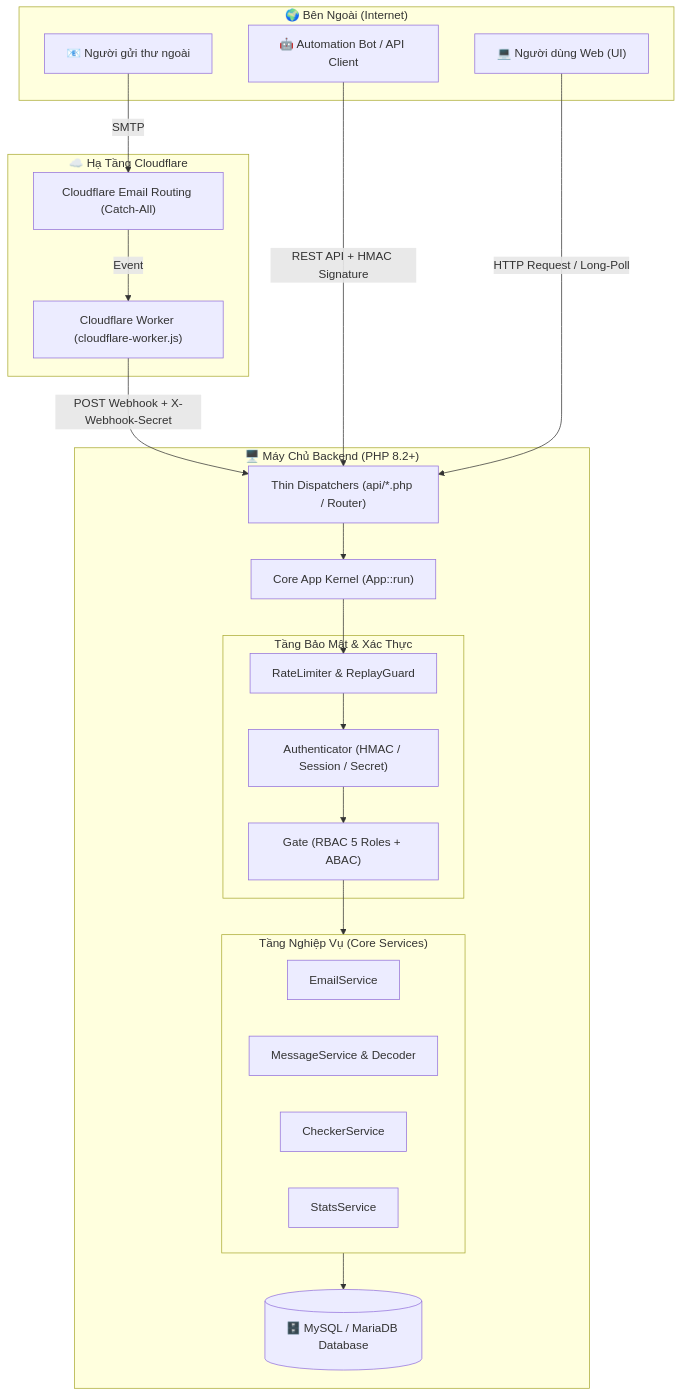
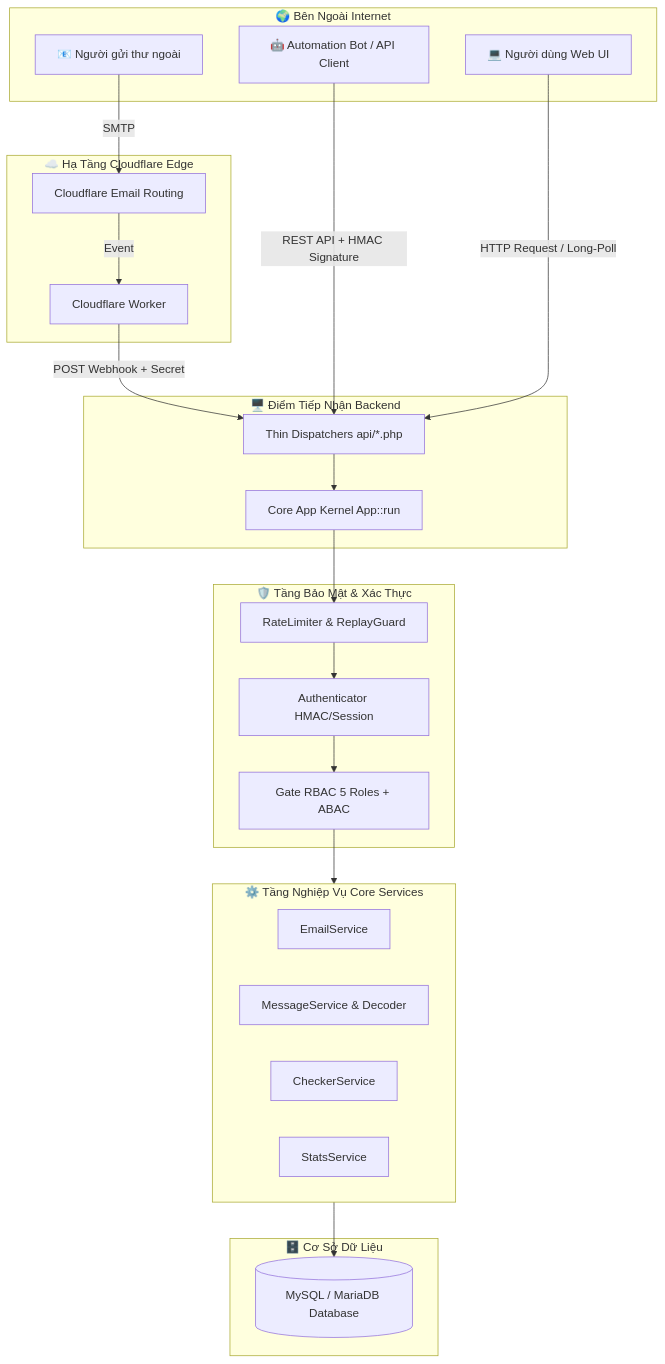
Before and after one commit to Phuc710/Cloudflare_TMail: the diagram in README.md, drawn with Mermaid. The commit also changed other lines of this file and 2 other files, not shown here.

Commit message:
fix: extract 3D logo.png from logo.json, fix Mermaid render error, and fix BASE_URL 404 on production

````diff
--- a/README.md
+++ b/README.md
@@ -70,47 +70,49 @@
 ```mermaid
 flowchart TD
-    subgraph External["🌍 Bên Ngoài (Internet)"]
+    subgraph External["🌍 Bên Ngoài Internet"]
         Sender["📧 Người gửi thư ngoài"]
         Bot["🤖 Automation Bot / API Client"]
-        Browser["💻 Người dùng Web (UI)"]
+        Browser["💻 Người dùng Web UI"]
     end
 
-    subgraph Cloudflare["☁️ Hạ Tầng Cloudflare"]
-        CF_Routing["Cloudflare Email Routing (Catch-All)"]
-        CF_Worker["Cloudflare Worker (cloudflare-worker.js)"]
+    subgraph Cloudflare["☁️ Hạ Tầng Cloudflare Edge"]
+        CF_Routing["Cloudflare Email Routing"]
+        CF_Worker["Cloudflare Worker"]
     end
 
-    subgraph Server["🖥️ Máy Chủ Backend (PHP 8.2+)"]
-        Dispatcher["Thin Dispatchers (api/*.php / Router)"]
-        Kernel["Core App Kernel (App::run)"]
-        
-        subgraph Security["Tầng Bảo Mật & Xác Thực"]
-            Auth["Authenticator (HMAC / Session / Secret)"]
-            Gate["Gate (RBAC 5 Roles + ABAC)"]
-            RateLimit["RateLimiter & ReplayGuard"]
-        end
-        
-        subgraph Services["Tầng Nghiệp Vụ (Core Services)"]
-            EmailSvc["EmailService"]
-            MsgSvc["MessageService & Decoder"]
-            CheckerSvc["CheckerService"]
-            StatsSvc["StatsService"]
-        end
-        
-        DB[("🗄️ MySQL / MariaDB Database")]
+    subgraph Entry["🖥️ Điểm Tiếp Nhận Backend"]
+        Dispatcher["Thin Dispatchers api/*.php"]
+        Kernel["Core App Kernel App::run"]
+    end
+
+    subgraph Security["🛡️ Tầng Bảo Mật & Xác Thực"]
+        RateLimit["RateLimiter & ReplayGuard"]
+        Auth["Authenticator HMAC/Session"]
+        Gate["Gate RBAC 5 Roles + ABAC"]
+    end
+
+    subgraph Services["⚙️ Tầng Nghiệp Vụ Core Services"]
+        EmailSvc["EmailService"]
+        MsgSvc["MessageService & Decoder"]
+        CheckerSvc["CheckerService"]
+        StatsSvc["StatsService"]
+    end
+
+    subgraph Storage["🗄️ Cơ Sở Dữ Liệu"]
+        DB[("MySQL / MariaDB Database")]
     end
 
     Sender -->|SMTP| CF_Routing
     CF_Routing -->|Event| CF_Worker
-    CF_Worker -->|POST Webhook + X-Webhook-Secret| Dispatcher
+    CF_Worker -->|POST Webhook + Secret| Dispatcher
 
     Bot -->|REST API + HMAC Signature| Dispatcher
     Browser -->|HTTP Request / Long-Poll| Dispatcher
 
     Dispatcher --> Kernel
     Kernel --> RateLimit
     RateLimit --> Auth
     Auth --> Gate
     Gate --> Services
     Services --> DB
 ```
````
